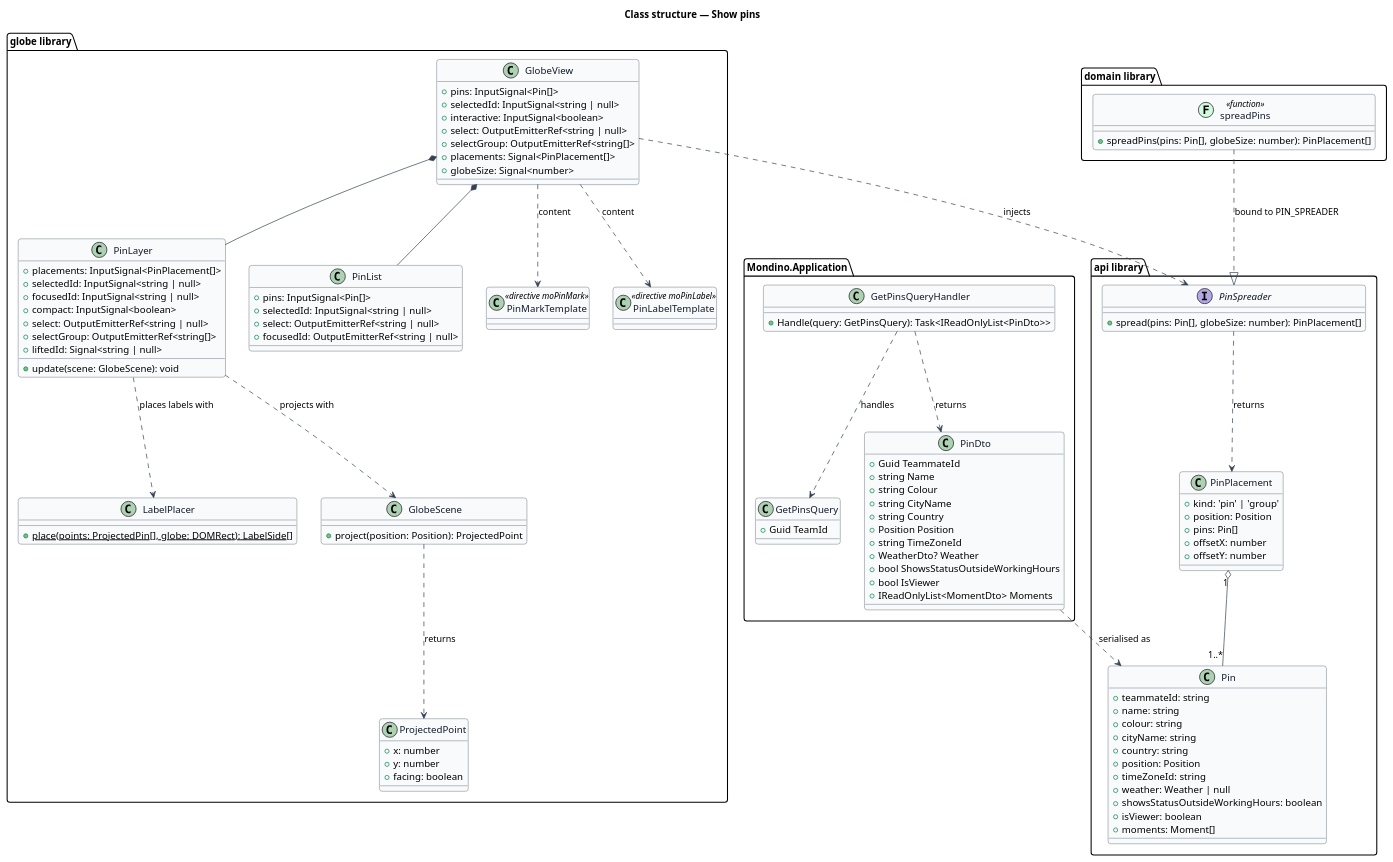
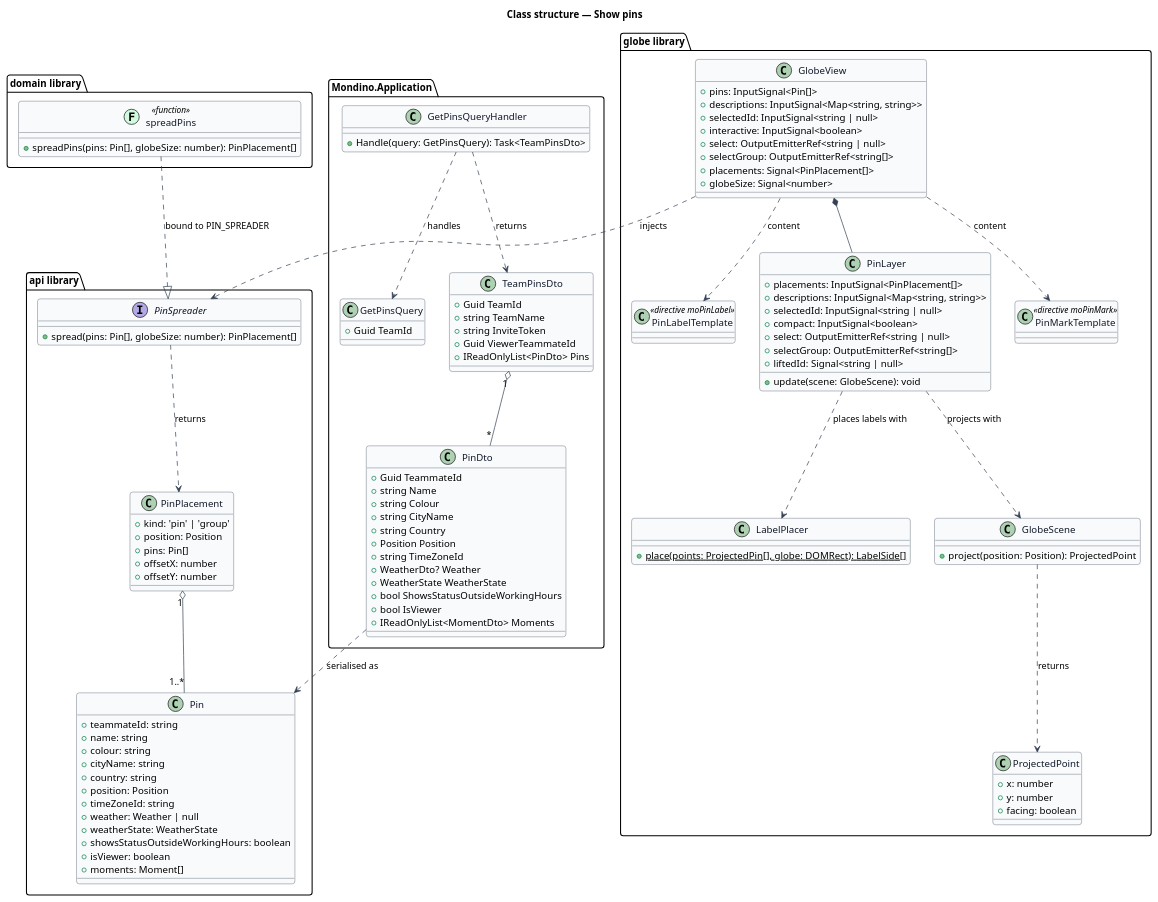
The diagram in docs/detailed-designs/globe/show-pins/diagrams/class-structure.puml (QuinntyneBrown/Mondino), drawn with PlantUML before and after one commit. The commit also changed 100 other files, not shown here.

```diff
--- a/docs/detailed-designs/globe/show-pins/diagrams/class-structure.puml
+++ b/docs/detailed-designs/globe/show-pins/diagrams/class-structure.puml
@@ -1,124 +1,128 @@
 @startuml
 skinparam backgroundColor #FFFFFF
 skinparam shadowing false
 skinparam roundcorner 8
 skinparam defaultFontName Arial
 skinparam ArrowColor #344054
 skinparam class {
   BorderColor #344054
   FontColor #101828
   BackgroundColor #F9FAFB
 }
 title Class structure — Show pins
 set separator none
 
 package "api library" {
   class Pin {
     +teammateId: string
     +name: string
     +colour: string
     +cityName: string
     +country: string
     +position: Position
     +timeZoneId: string
     +weather: Weather | null
+    +weatherState: WeatherState
     +showsStatusOutsideWorkingHours: boolean
     +isViewer: boolean
     +moments: Moment[]
   }
   class PinPlacement {
     +kind: 'pin' | 'group'
     +position: Position
     +pins: Pin[]
     +offsetX: number
     +offsetY: number
   }
   interface PinSpreader {
     +spread(pins: Pin[], globeSize: number): PinPlacement[]
   }
 }
 
 package "domain library" {
   class "spreadPins" as spreadPins << (F,#D1FADF) function >> {
     +spreadPins(pins: Pin[], globeSize: number): PinPlacement[]
   }
 }
 
 package "globe library" {
   class GlobeView {
     +pins: InputSignal<Pin[]>
+    +descriptions: InputSignal<Map<string, string>>
     +selectedId: InputSignal<string | null>
     +interactive: InputSignal<boolean>
     +select: OutputEmitterRef<string | null>
     +selectGroup: OutputEmitterRef<string[]>
     +placements: Signal<PinPlacement[]>
     +globeSize: Signal<number>
   }
   class PinLayer {
     +placements: InputSignal<PinPlacement[]>
+    +descriptions: InputSignal<Map<string, string>>
     +selectedId: InputSignal<string | null>
-    +focusedId: InputSignal<string | null>
     +compact: InputSignal<boolean>
     +select: OutputEmitterRef<string | null>
     +selectGroup: OutputEmitterRef<string[]>
     +liftedId: Signal<string | null>
     +update(scene: GlobeScene): void
-  }
-  class PinList {
-    +pins: InputSignal<Pin[]>
-    +selectedId: InputSignal<string | null>
-    +select: OutputEmitterRef<string | null>
-    +focusedId: OutputEmitterRef<string | null>
   }
   class LabelPlacer {
     {static} +place(points: ProjectedPin[], globe: DOMRect): LabelSide[]
   }
   class PinMarkTemplate << directive moPinMark >>
   class PinLabelTemplate << directive moPinLabel >>
   class GlobeScene {
     +project(position: Position): ProjectedPoint
   }
   class ProjectedPoint {
     +x: number
     +y: number
     +facing: boolean
   }
 }
 
 package "Mondino.Application" {
   class GetPinsQuery {
     +Guid TeamId
   }
   class GetPinsQueryHandler {
-    +Handle(query: GetPinsQuery): Task<IReadOnlyList<PinDto>>
+    +Handle(query: GetPinsQuery): Task<TeamPinsDto>
+  }
+  class TeamPinsDto {
+    +Guid TeamId
+    +string TeamName
+    +string InviteToken
+    +Guid ViewerTeammateId
+    +IReadOnlyList<PinDto> Pins
   }
   class PinDto {
     +Guid TeammateId
     +string Name
     +string Colour
     +string CityName
     +string Country
     +Position Position
     +string TimeZoneId
     +WeatherDto? Weather
+    +WeatherState WeatherState
     +bool ShowsStatusOutsideWorkingHours
     +bool IsViewer
     +IReadOnlyList<MomentDto> Moments
   }
 }
 
 spreadPins ..|> PinSpreader : bound to PIN_SPREADER
 PinSpreader ..> PinPlacement : returns
 PinPlacement "1" o-- "1..*" Pin
 GlobeView ..> PinSpreader : injects
 GlobeView *-- PinLayer
-GlobeView *-- PinList
 GlobeView ..> PinMarkTemplate : content
 GlobeView ..> PinLabelTemplate : content
 PinLayer ..> LabelPlacer : places labels with
 PinLayer ..> GlobeScene : projects with
 GlobeScene ..> ProjectedPoint : returns
 GetPinsQueryHandler ..> GetPinsQuery : handles
-GetPinsQueryHandler ..> PinDto : returns
+GetPinsQueryHandler ..> TeamPinsDto : returns
+TeamPinsDto "1" o-- "*" PinDto
 PinDto ..> Pin : serialised as
 @enduml
```
